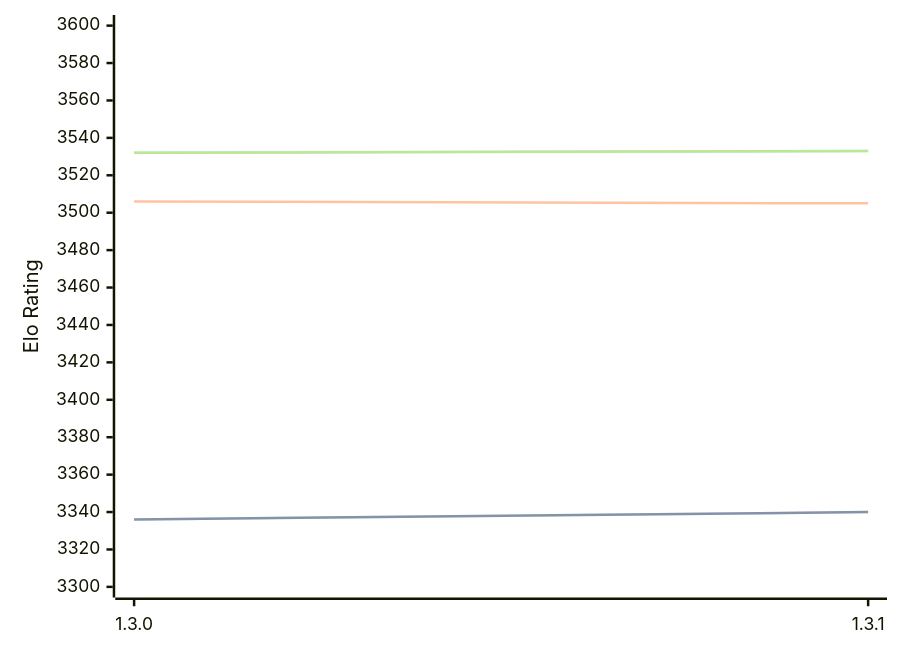
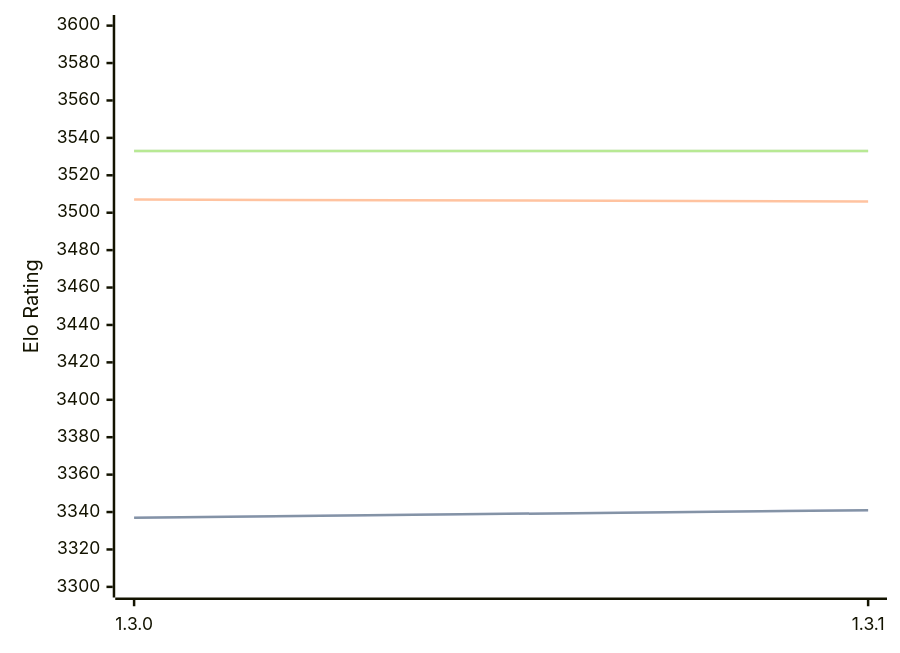
Before and after one commit to computer-chess-index/cci: the diagram in engines/Renegade.md, drawn with Mermaid. The commit also changed other lines of this file, not shown here.

Commit message:
Update CCI Ratings (ELO VLTC) - 2026-08-19

````diff
--- a/engines/Renegade.md
+++ b/engines/Renegade.md
@@ -33,11 +33,11 @@
 ```mermaid
 %%{init: {"theme":"base","themeVariables":{"seriesColors:['#a3a3a3','#222221','#faa371']}}}%%
 xychart-beta
   x-axis ["1.3.0", "1.3.1"]
   y-axis "Elo Rating" 3300 --> 3600
-  line "STC (8.0+0.08s)" [3336, 3340]
-  line "STC (8.0+0.08s)" [3336, 3340]
-  line "LTC (60.0+0.60s)" [3506, 3505]
-  line "VLTC (2m24s+1.12s)" [3532, 3533]
-  line "VLTC (2m24s+1.12s)" [3532, 3533]
+  line "STC (8.0+0.08s)" [3337, 3341]
+  line "STC (8.0+0.08s)" [3337, 3341]
+  line "LTC (60.0+0.60s)" [3507, 3506]
+  line "VLTC (2m24s+1.12s)" [3533, 3533]
+  line "VLTC (2m24s+1.12s)" [3533, 3533]
 ```
````
